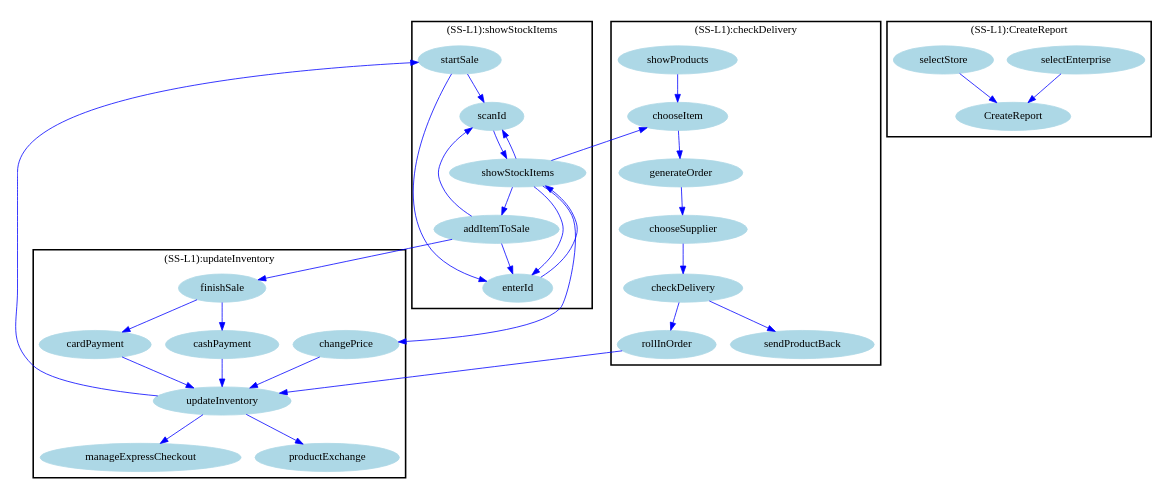
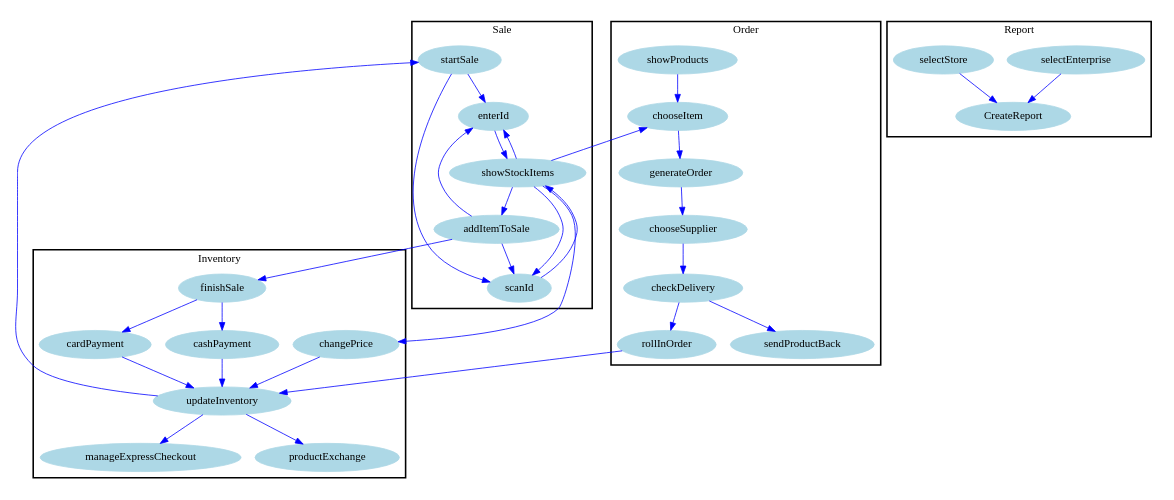
The diagram in Graph/CoCoMEActivityBunch.txt.dot (Benkler/BA), drawn with Graphviz before and after one commit. The commit also changed 30 other files, not shown here.

```diff
--- a/Graph/CoCoMEActivityBunch.txt.dot
+++ b/Graph/CoCoMEActivityBunch.txt.dot
@@ -1,84 +1,84 @@
 /* ------------------------------------------------------------ */
 /* created with bunch v3 */
-/* Objective Function value = 0.0*/
+/* Objective Function value = 1.0*/
 /* ------------------------------------------------------------ */
 
 digraph G {
 size= "10,10";
-rotate = 00;
+rotate = 0;
 subgraph cluster0 {
-label = "(SS-L1):updateInventory";
+label = "Inventory";
 color = black;
 style = bold;
 
 "changePrice"[label="changePrice",shape=ellipse,color=lightblue,fontcolor=black,style=filled];
 "manageExpressCheckout"[label="manageExpressCheckout",shape=ellipse,color=lightblue,fontcolor=black,style=filled];
 "productExchange"[label="productExchange",shape=ellipse,color=lightblue,fontcolor=black,style=filled];
 "updateInventory"[label="updateInventory",shape=ellipse,color=lightblue,fontcolor=black,style=filled];
 "cardPayment"[label="cardPayment",shape=ellipse,color=lightblue,fontcolor=black,style=filled];
 "cashPayment"[label="cashPayment",shape=ellipse,color=lightblue,fontcolor=black,style=filled];
 "finishSale"[label="finishSale",shape=ellipse,color=lightblue,fontcolor=black,style=filled];
 }
 subgraph cluster1 {
-label = "(SS-L1):CreateReport";
+label = "Report";
 color = black;
 style = bold;
 
 "selectEnterprise"[label="selectEnterprise",shape=ellipse,color=lightblue,fontcolor=black,style=filled];
 "selectStore"[label="selectStore",shape=ellipse,color=lightblue,fontcolor=black,style=filled];
 "CreateReport"[label="CreateReport",shape=ellipse,color=lightblue,fontcolor=black,style=filled];
 }
 subgraph cluster2 {
-label = "(SS-L1):showStockItems";
+label = "Sale";
 color = black;
 style = bold;
 
-"scanId"[label="scanId",shape=ellipse,color=lightblue,fontcolor=black,style=filled];
+"enterId"[label="enterId",shape=ellipse,color=lightblue,fontcolor=black,style=filled];
 "showStockItems"[label="showStockItems",shape=ellipse,color=lightblue,fontcolor=black,style=filled];
 "addItemToSale"[label="addItemToSale",shape=ellipse,color=lightblue,fontcolor=black,style=filled];
-"enterId"[label="enterId",shape=ellipse,color=lightblue,fontcolor=black,style=filled];
 "startSale"[label="startSale",shape=ellipse,color=lightblue,fontcolor=black,style=filled];
+"scanId"[label="scanId",shape=ellipse,color=lightblue,fontcolor=black,style=filled];
 }
 subgraph cluster3 {
-label = "(SS-L1):checkDelivery";
+label = "Order";
 color = black;
 style = bold;
 
 "showProducts"[label="showProducts",shape=ellipse,color=lightblue,fontcolor=black,style=filled];
 "chooseItem"[label="chooseItem",shape=ellipse,color=lightblue,fontcolor=black,style=filled];
 "rollInOrder"[label="rollInOrder",shape=ellipse,color=lightblue,fontcolor=black,style=filled];
 "sendProductBack"[label="sendProductBack",shape=ellipse,color=lightblue,fontcolor=black,style=filled];
 "checkDelivery"[label="checkDelivery",shape=ellipse,color=lightblue,fontcolor=black,style=filled];
 "chooseSupplier"[label="chooseSupplier",shape=ellipse,color=lightblue,fontcolor=black,style=filled];
 "generateOrder"[label="generateOrder",shape=ellipse,color=lightblue,fontcolor=black,style=filled];
 }
 "updateInventory" -> "manageExpressCheckout" [color=blue,font=6];
 "updateInventory" -> "startSale" [color=blue,font=6];
 "updateInventory" -> "productExchange" [color=blue,font=6];
 "showStockItems" -> "addItemToSale" [color=blue,font=6];
 "showStockItems" -> "scanId" [color=blue,font=6];
 "showStockItems" -> "changePrice" [color=blue,font=6];
 "showStockItems" -> "enterId" [color=blue,font=6];
 "showStockItems" -> "chooseItem" [color=blue,font=6];
 "scanId" -> "showStockItems" [color=blue,font=6];
 "finishSale" -> "cashPayment" [color=blue,font=6];
 "finishSale" -> "cardPayment" [color=blue,font=6];
 "chooseItem" -> "generateOrder" [color=blue,font=6];
 "enterId" -> "showStockItems" [color=blue,font=6];
 "rollInOrder" -> "updateInventory" [color=blue,font=6];
 "showProducts" -> "chooseItem" [color=blue,font=6];
 "cardPayment" -> "updateInventory" [color=blue,font=6];
 "checkDelivery" -> "sendProductBack" [color=blue,font=6];
 "checkDelivery" -> "rollInOrder" [color=blue,font=6];
 "addItemToSale" -> "finishSale" [color=blue,font=6];
 "addItemToSale" -> "scanId" [color=blue,font=6];
 "addItemToSale" -> "enterId" [color=blue,font=6];
 "selectStore" -> "CreateReport" [color=blue,font=6];
 "startSale" -> "scanId" [color=blue,font=6];
 "startSale" -> "enterId" [color=blue,font=6];
 "selectEnterprise" -> "CreateReport" [color=blue,font=6];
 "generateOrder" -> "chooseSupplier" [color=blue,font=6];
 "changePrice" -> "updateInventory" [color=blue,font=6];
 "cashPayment" -> "updateInventory" [color=blue,font=6];
 "chooseSupplier" -> "checkDelivery" [color=blue,font=6];
 }
```
